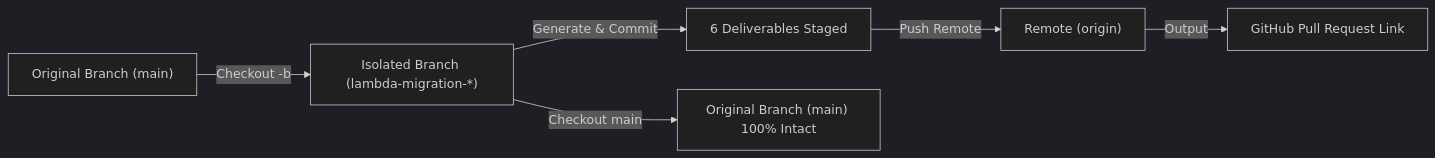
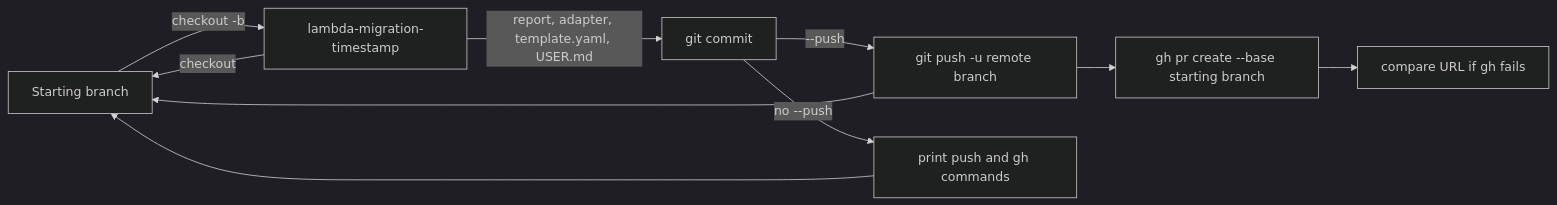
One commit to dhawalshankar/daroga changed the third of 4 diagrams in docs/ARCHITECTURE.md. Above: the diagram before and after it, drawn with Mermaid (dark theme). The commit also changed other lines of this file and 6 other files, not shown here.

Commit message:
docs: update architecture and CLI reference for clarity and consistency, enhance PRD with detailed scope and migration process

````diff
--- a/docs/ARCHITECTURE.md
+++ b/docs/ARCHITECTURE.md
@@ -152,8 +195,12 @@
 ```mermaid
 flowchart LR
-    A["Original Branch (main)"] -->|"Checkout -b"| B["Isolated Branch (lambda-migration-*)"]
-    B -->|"Generate & Commit"| C["6 Deliverables Staged"]
-    C -->|"Push Remote"| D["Remote (origin)"]
-    D -->|"Output"| E["GitHub Pull Request Link"]
-    B -->|"Checkout main"| F["Original Branch (main) 100% Intact"]
+    A["Starting branch"] -->|"checkout -b"| B["lambda-migration-timestamp"]
+    B -->|"report, adapter, template.yaml, USER.md"| C["git commit"]
+    C -->|"--push"| D["git push -u remote branch"]
+    D --> E["gh pr create --base starting branch"]
+    E --> F["compare URL if gh fails"]
+    C -->|"no --push"| G["print push and gh commands"]
+    B -->|"checkout"| A
+    D --> A
+    G --> A
 ```
````
